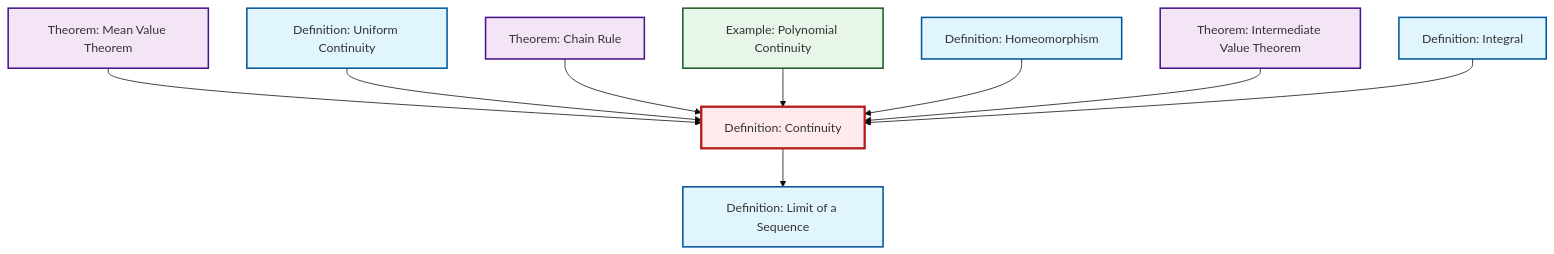
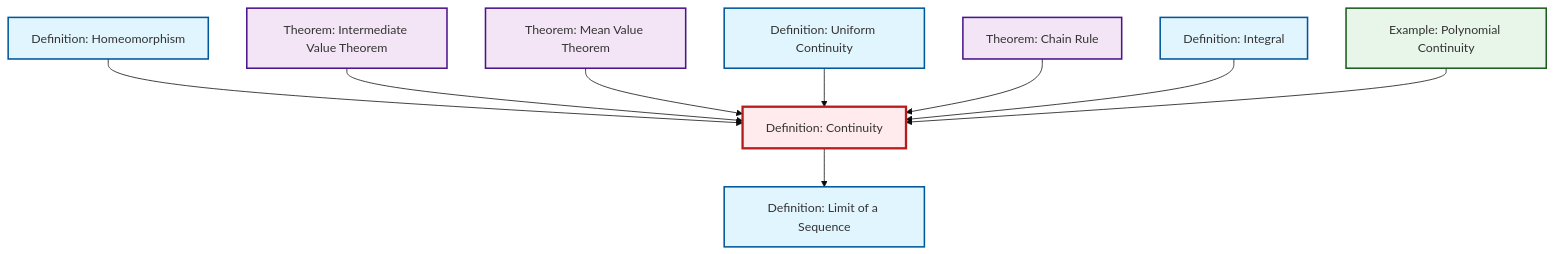
One commit to RK0429/ModernMath changed the diagram in content/en/analysis/def-continuity.qmd. Above: the diagram before and after it, drawn with Mermaid (base theme). The commit also changed other lines of this file and 491 other files, not shown here.

First line of the commit message:
feat: Add Central Limit Theorem article with comprehensive cross-references

````diff
--- a/content/en/analysis/def-continuity.qmd
+++ b/content/en/analysis/def-continuity.qmd
@@ -57,35 +57,35 @@
 ```{mermaid}
 %%| fig-cap: "Local dependency graph"
 graph TD
     classDef definition fill:#e1f5fe,stroke:#01579b,stroke-width:2px
     classDef theorem fill:#f3e5f5,stroke:#4a148c,stroke-width:2px
     classDef axiom fill:#fff3e0,stroke:#e65100,stroke-width:2px
     classDef example fill:#e8f5e9,stroke:#1b5e20,stroke-width:2px
     classDef current fill:#ffebee,stroke:#b71c1c,stroke-width:3px
+    thm-intermediate-value["Theorem: Intermediate Value Theorem"]:::theorem
+    thm-chain-rule["Theorem: Chain Rule"]:::theorem
+    def-continuity["Definition: Continuity"]:::definition
+    def-limit["Definition: Limit of a Sequence"]:::definition
+    def-uniform-continuity["Definition: Uniform Continuity"]:::definition
+    def-homeomorphism["Definition: Homeomorphism"]:::definition
+    ex-polynomial-continuity["Example: Polynomial Continuity"]:::example
     thm-mean-value["Theorem: Mean Value Theorem"]:::theorem
     def-integral["Definition: Integral"]:::definition
-    thm-intermediate-value["Theorem: Intermediate Value Theorem"]:::theorem
-    def-continuity["Definition: Continuity"]:::definition
-    thm-chain-rule["Theorem: Chain Rule"]:::theorem
-    def-limit["Definition: Limit of a Sequence"]:::definition
-    def-homeomorphism["Definition: Homeomorphism"]:::definition
-    def-uniform-continuity["Definition: Uniform Continuity"]:::definition
-    ex-polynomial-continuity["Example: Polynomial Continuity"]:::example
+    def-continuity --> def-limit
+    def-homeomorphism --> def-continuity
+    thm-intermediate-value --> def-continuity
     thm-mean-value --> def-continuity
     def-uniform-continuity --> def-continuity
     thm-chain-rule --> def-continuity
+    def-integral --> def-continuity
     ex-polynomial-continuity --> def-continuity
-    def-homeomorphism --> def-continuity
-    def-continuity --> def-limit
-    thm-intermediate-value --> def-continuity
-    def-integral --> def-continuity
     class def-continuity current
-    click thm-mean-value "thm-mean-value.html" "Go to Mean Value Theorem theorem"
-    click def-integral "def-integral.html" "Go to Integral definition"
     click thm-intermediate-value "thm-intermediate-value.html" "Go to Intermediate Value Theorem theorem"
     click thm-chain-rule "thm-chain-rule.html" "Go to Chain Rule theorem"
     click def-limit "def-limit.html" "Go to Limit of a Sequence definition"
+    click def-uniform-continuity "def-uniform-continuity.html" "Go to Uniform Continuity definition"
     click def-homeomorphism "def-homeomorphism.html" "Go to Homeomorphism definition"
-    click def-uniform-continuity "def-uniform-continuity.html" "Go to Uniform Continuity definition"
     click ex-polynomial-continuity "ex-polynomial-continuity.html" "Go to Polynomial Continuity example"
+    click thm-mean-value "thm-mean-value.html" "Go to Mean Value Theorem theorem"
+    click def-integral "def-integral.html" "Go to Integral definition"
 ```
````
